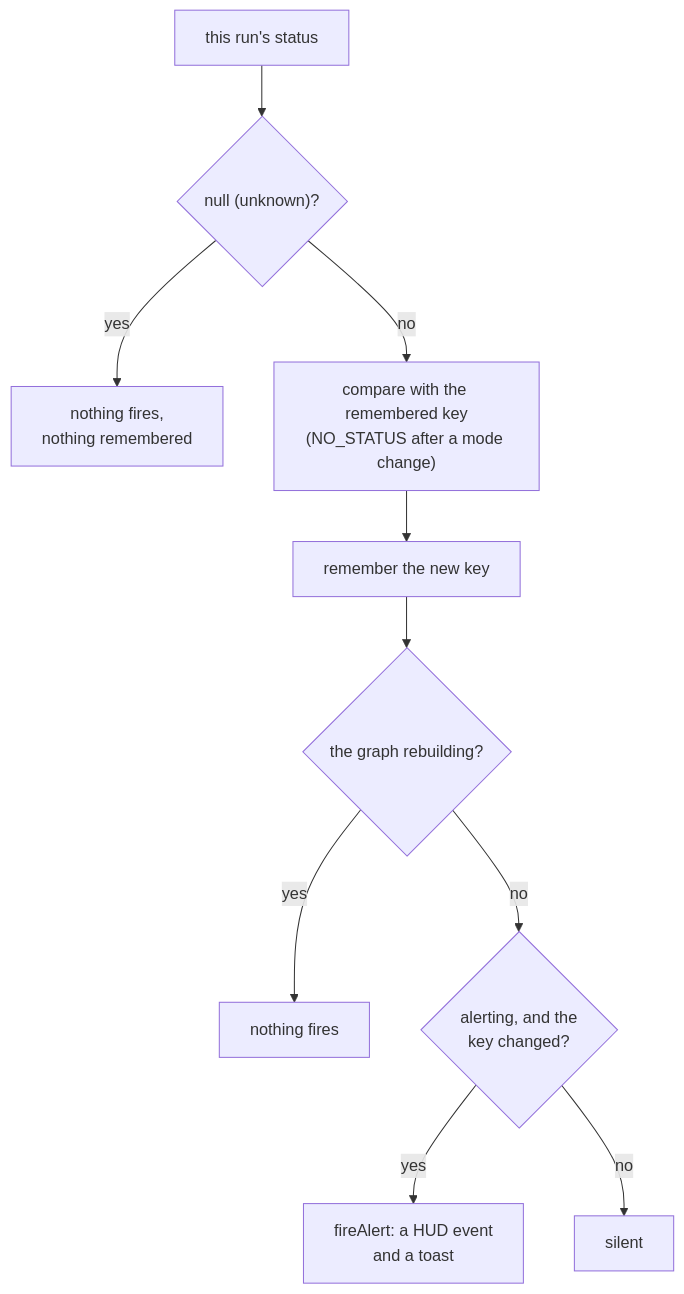
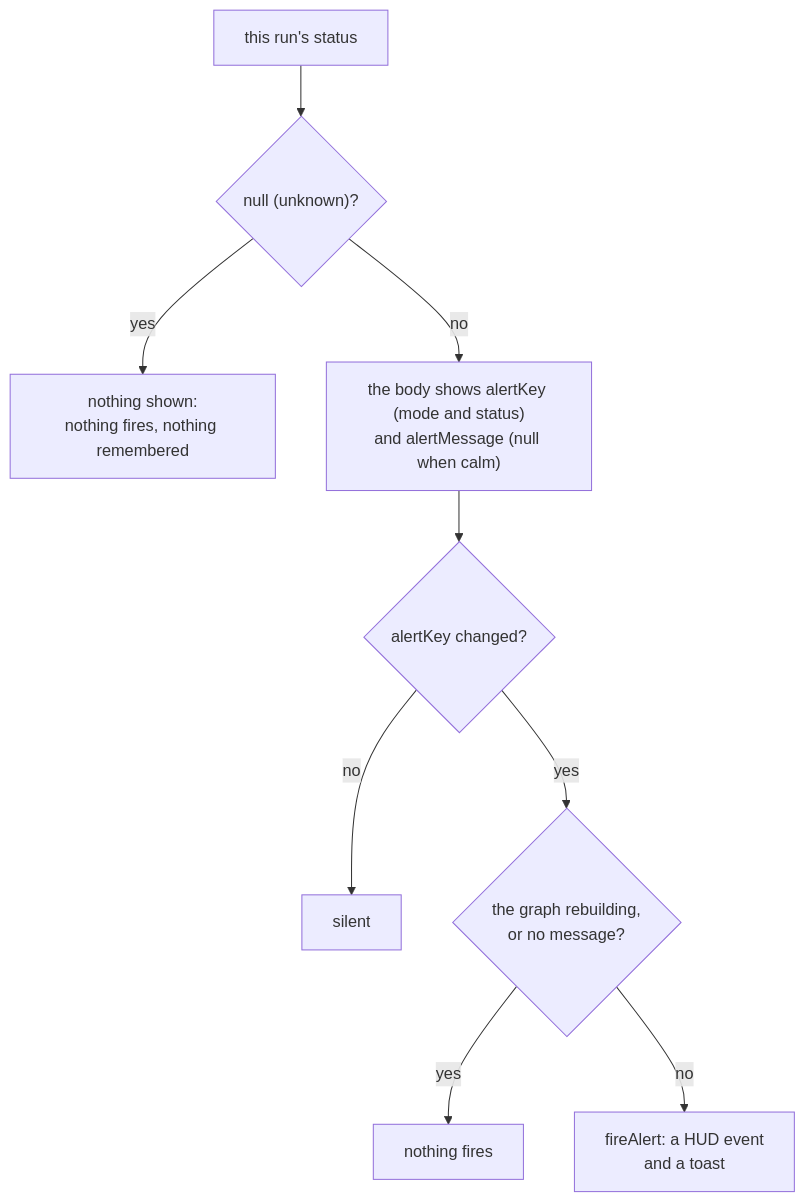
Before and after one commit to bubba8587/solenoid: the diagram in tree/specs/computation/alert-node-alerts-hud.md, drawn with Mermaid. The commit also changed other lines of this file and 47 other files, not shown here.

````diff
--- a/tree/specs/computation/alert-node-alerts-hud.md
+++ b/tree/specs/computation/alert-node-alerts-hud.md
@@ -52,12 +50,11 @@
 ```mermaid
 flowchart TD
     s["this run's status"] --> nul{"null (unknown)?"}
-    nul -->|yes| skip["nothing fires,<br>nothing remembered"]
-    nul -->|no| prev["compare with the remembered key<br>(NO_STATUS after a mode change)"]
-    prev --> rem["remember the new key"]
-    rem --> rb{"the graph rebuilding?"}
+    nul -->|yes| skip["nothing shown:<br>nothing fires, nothing remembered"]
+    nul -->|no| show["the body shows alertKey (mode and status)<br>and alertMessage (null when calm)"]
+    show --> chg{"alertKey changed?"}
+    chg -->|no| calm["silent"]
+    chg -->|yes| rb{"the graph rebuilding,<br>or no message?"}
     rb -->|yes| quiet["nothing fires"]
-    rb -->|no| fire{"alerting, and the<br>key changed?"}
-    fire -->|yes| f["fireAlert: a HUD event<br>and a toast"]
-    fire -->|no| calm["silent"]
+    rb -->|no| f["fireAlert: a HUD event<br>and a toast"]
 ```
````
